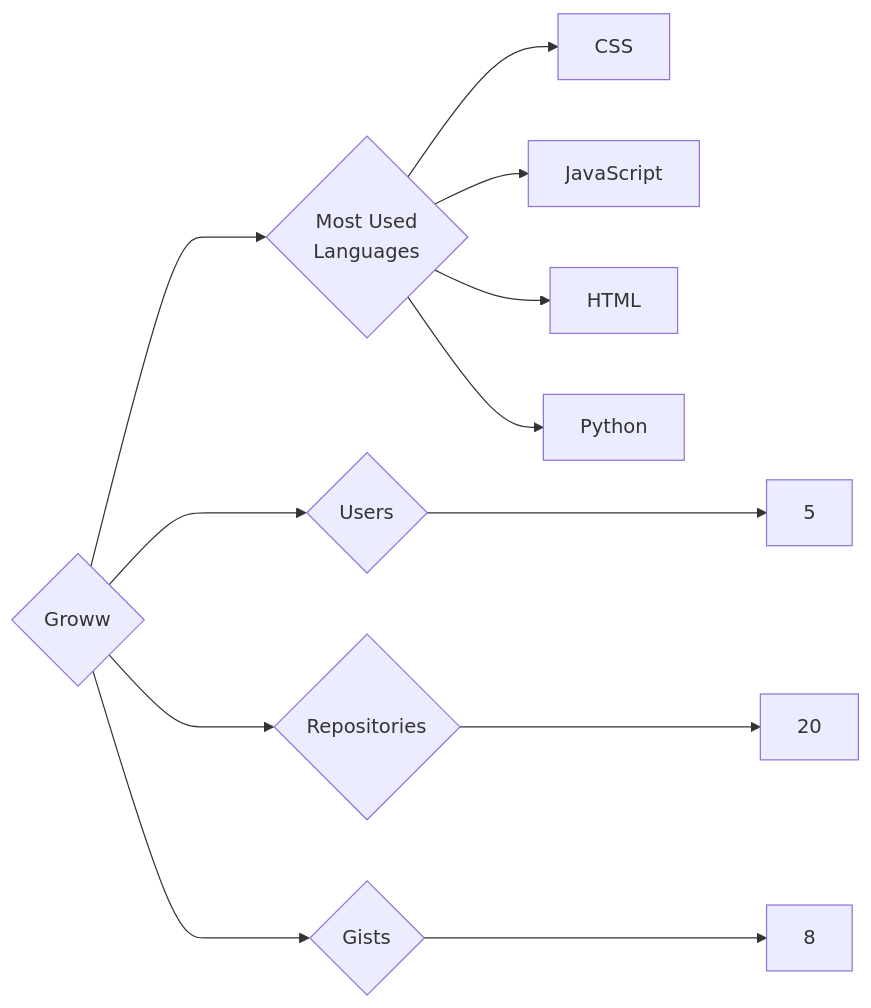
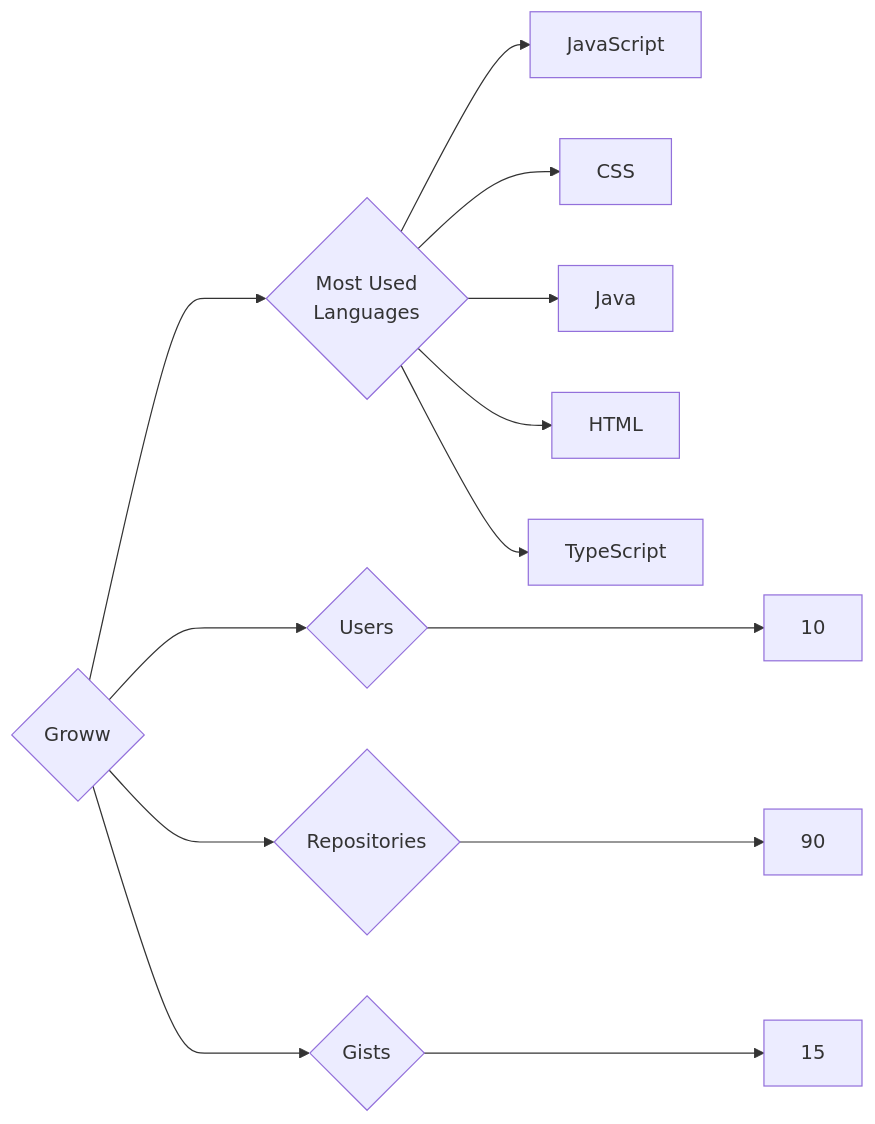
Before and after one commit to trickest/insiders: the diagram in targets/Groww/README.md, drawn with Mermaid. The commit also changed 1092 other files, not shown here.

````diff
--- a/targets/Groww/README.md
+++ b/targets/Groww/README.md
@@ -3,12 +3,13 @@
 ```mermaid
 graph LR
 COMPANY_NAME{Groww}
-COMPANY_NAME ---> U{Users} ---> UN[5]
-COMPANY_NAME ---> R{Repositories} ---> RN[20]
-COMPANY_NAME ---> G{Gists} ---> GN[8]
+COMPANY_NAME ---> U{Users} ---> UN[10]
+COMPANY_NAME ---> R{Repositories} ---> RN[90]
+COMPANY_NAME ---> G{Gists} ---> GN[15]
 COMPANY_NAME ---> ML{Most Used<br>Languages}
+ML --> JavaScript[JavaScript]
 ML --> CSS[CSS]
-ML --> JavaScript[JavaScript]
+ML --> Java[Java]
 ML --> HTML[HTML]
-ML --> Python[Python]
+ML --> TypeScript[TypeScript]
 ```
````
